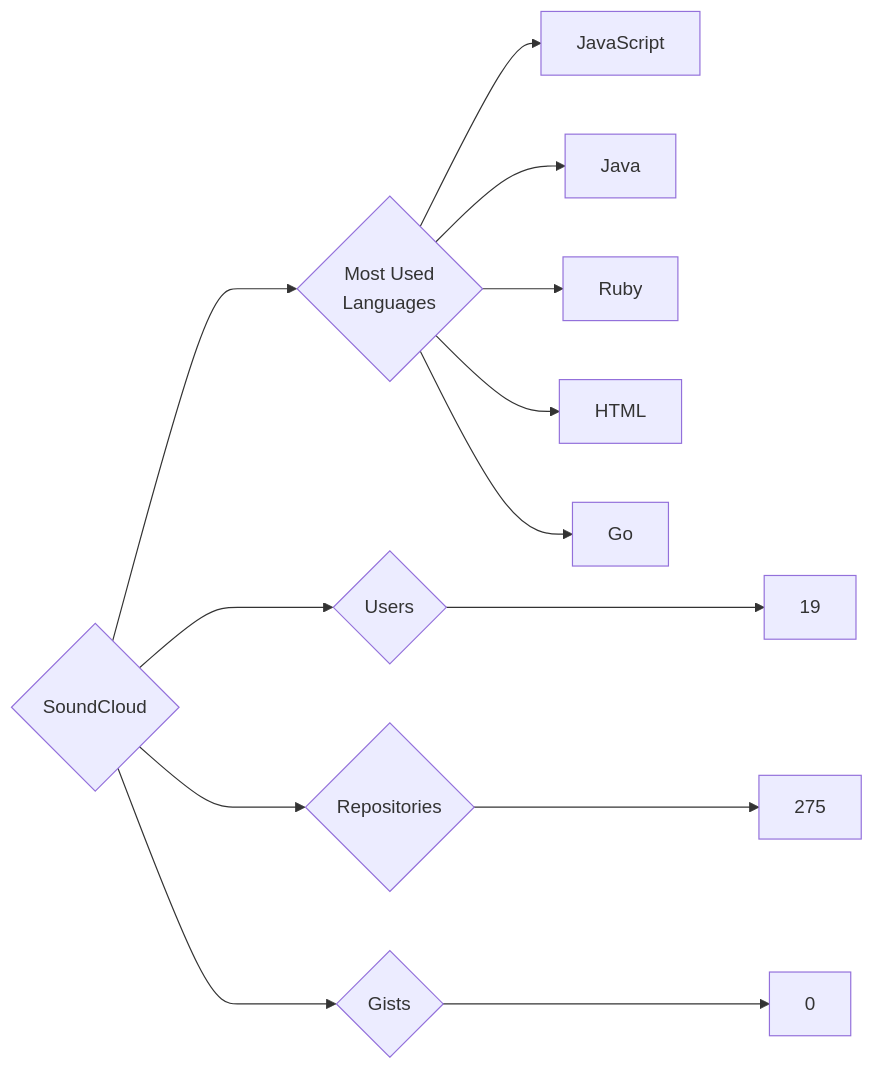
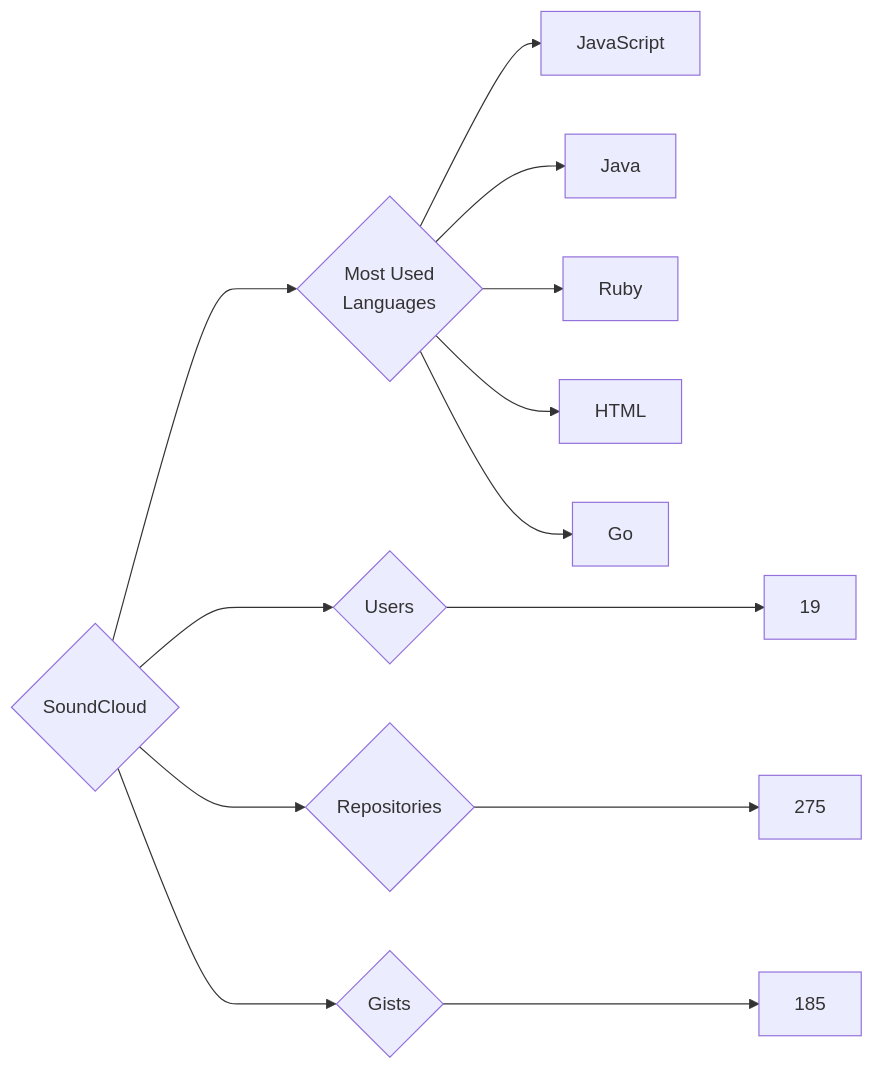
The diagram in targets/SoundCloud/README.md (trickest/insiders), drawn with Mermaid before and after one commit. The commit also changed 997 other files, not shown here.

````diff
--- a/targets/SoundCloud/README.md
+++ b/targets/SoundCloud/README.md
@@ -3,13 +3,13 @@
 ```mermaid
 graph LR
 COMPANY_NAME{SoundCloud}
 COMPANY_NAME ---> U{Users} ---> UN[19]
 COMPANY_NAME ---> R{Repositories} ---> RN[275]
-COMPANY_NAME ---> G{Gists} ---> GN[0]
+COMPANY_NAME ---> G{Gists} ---> GN[185]
 COMPANY_NAME ---> ML{Most Used<br>Languages}
-ML --> JavaScript
-ML --> Java
-ML --> Ruby
-ML --> HTML
-ML --> Go
+ML --> JavaScript[JavaScript]
+ML --> Java[Java]
+ML --> Ruby[Ruby]
+ML --> HTML[HTML]
+ML --> Go[Go]
 ```
````
